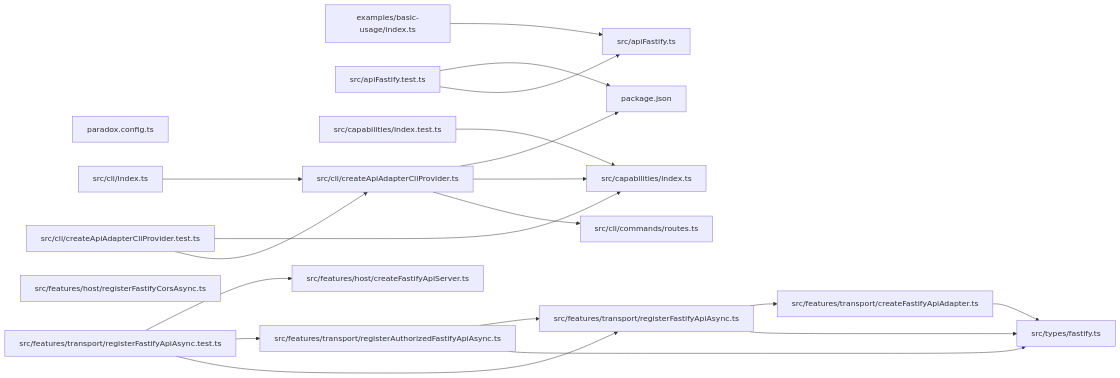
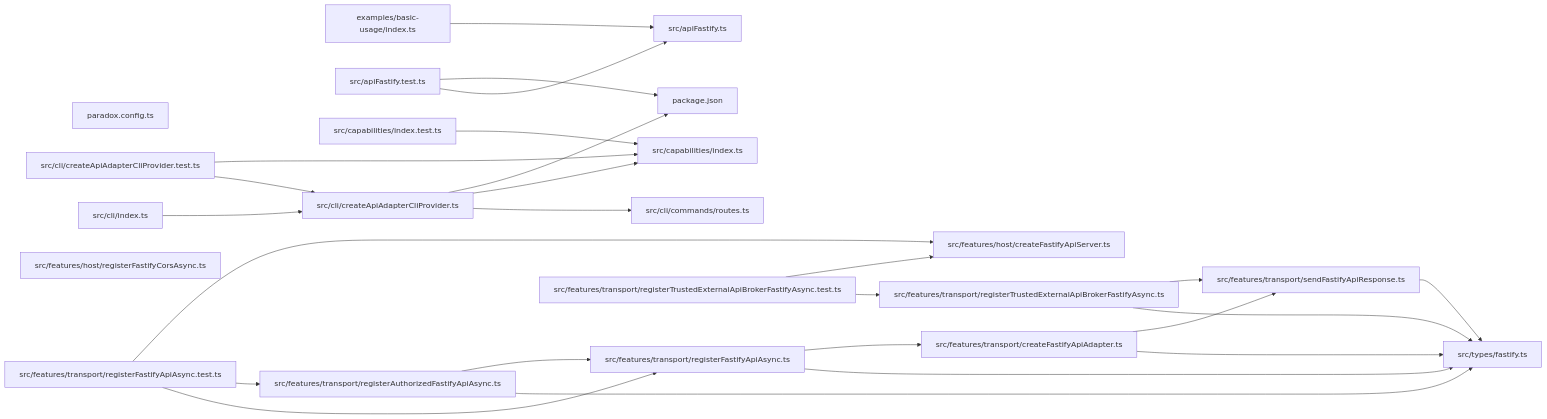
Before and after one commit to ankhorage/api-fastify: the diagram in paradox/diagrams/module-relationships.mmd, drawn with Mermaid. The commit also changed 18 other files, not shown here.

Commit message:
feat(host): add deployable generated-app broker transport

```diff
--- a/paradox/diagrams/module-relationships.mmd
+++ b/paradox/diagrams/module-relationships.mmd
@@ -1,37 +1,46 @@
 graph LR
   module_examples_basic_usage_index_ts["examples/basic-usage/index.ts"]
   module_package_json["package.json"]
   module_paradox_config_ts["paradox.config.ts"]
   module_src_apiFastify_test_ts["src/apiFastify.test.ts"]
   module_src_apiFastify_ts["src/apiFastify.ts"]
   module_src_capabilities_index_test_ts["src/capabilities/index.test.ts"]
   module_src_capabilities_index_ts["src/capabilities/index.ts"]
   module_src_cli_commands_routes_ts["src/cli/commands/routes.ts"]
   module_src_cli_createApiAdapterCliProvider_test_ts["src/cli/createApiAdapterCliProvider.test.ts"]
   module_src_cli_createApiAdapterCliProvider_ts["src/cli/createApiAdapterCliProvider.ts"]
   module_src_cli_index_ts["src/cli/index.ts"]
   module_src_features_host_createFastifyApiServer_ts["src/features/host/createFastifyApiServer.ts"]
   module_src_features_host_registerFastifyCorsAsync_ts["src/features/host/registerFastifyCorsAsync.ts"]
   module_src_features_transport_createFastifyApiAdapter_ts["src/features/transport/createFastifyApiAdapter.ts"]
   module_src_features_transport_registerAuthorizedFastifyApiAsync_ts["src/features/transport/registerAuthorizedFastifyApiAsync.ts"]
   module_src_features_transport_registerFastifyApiAsync_test_ts["src/features/transport/registerFastifyApiAsync.test.ts"]
   module_src_features_transport_registerFastifyApiAsync_ts["src/features/transport/registerFastifyApiAsync.ts"]
+  module_src_features_transport_registerTrustedExternalApiBrokerFastifyAsync_test_ts["src/features/transport/registerTrustedExternalApiBrokerFastifyAsync.test.ts"]
+  module_src_features_transport_registerTrustedExternalApiBrokerFastifyAsync_ts["src/features/transport/registerTrustedExternalApiBrokerFastifyAsync.ts"]
+  module_src_features_transport_sendFastifyApiResponse_ts["src/features/transport/sendFastifyApiResponse.ts"]
   module_src_types_fastify_ts["src/types/fastify.ts"]
   module_examples_basic_usage_index_ts --> module_src_apiFastify_ts
   module_src_apiFastify_test_ts --> module_package_json
   module_src_apiFastify_test_ts --> module_src_apiFastify_ts
   module_src_capabilities_index_test_ts --> module_src_capabilities_index_ts
   module_src_cli_createApiAdapterCliProvider_test_ts --> module_src_capabilities_index_ts
   module_src_cli_createApiAdapterCliProvider_test_ts --> module_src_cli_createApiAdapterCliProvider_ts
   module_src_cli_createApiAdapterCliProvider_ts --> module_package_json
   module_src_cli_createApiAdapterCliProvider_ts --> module_src_capabilities_index_ts
   module_src_cli_createApiAdapterCliProvider_ts --> module_src_cli_commands_routes_ts
   module_src_cli_index_ts --> module_src_cli_createApiAdapterCliProvider_ts
+  module_src_features_transport_createFastifyApiAdapter_ts --> module_src_features_transport_sendFastifyApiResponse_ts
   module_src_features_transport_createFastifyApiAdapter_ts --> module_src_types_fastify_ts
   module_src_features_transport_registerAuthorizedFastifyApiAsync_ts --> module_src_features_transport_registerFastifyApiAsync_ts
   module_src_features_transport_registerAuthorizedFastifyApiAsync_ts --> module_src_types_fastify_ts
   module_src_features_transport_registerFastifyApiAsync_test_ts --> module_src_features_host_createFastifyApiServer_ts
   module_src_features_transport_registerFastifyApiAsync_test_ts --> module_src_features_transport_registerAuthorizedFastifyApiAsync_ts
   module_src_features_transport_registerFastifyApiAsync_test_ts --> module_src_features_transport_registerFastifyApiAsync_ts
   module_src_features_transport_registerFastifyApiAsync_ts --> module_src_features_transport_createFastifyApiAdapter_ts
   module_src_features_transport_registerFastifyApiAsync_ts --> module_src_types_fastify_ts
+  module_src_features_transport_registerTrustedExternalApiBrokerFastifyAsync_test_ts --> module_src_features_host_createFastifyApiServer_ts
+  module_src_features_transport_registerTrustedExternalApiBrokerFastifyAsync_test_ts --> module_src_features_transport_registerTrustedExternalApiBrokerFastifyAsync_ts
+  module_src_features_transport_registerTrustedExternalApiBrokerFastifyAsync_ts --> module_src_features_transport_sendFastifyApiResponse_ts
+  module_src_features_transport_registerTrustedExternalApiBrokerFastifyAsync_ts --> module_src_types_fastify_ts
+  module_src_features_transport_sendFastifyApiResponse_ts --> module_src_types_fastify_ts
```
